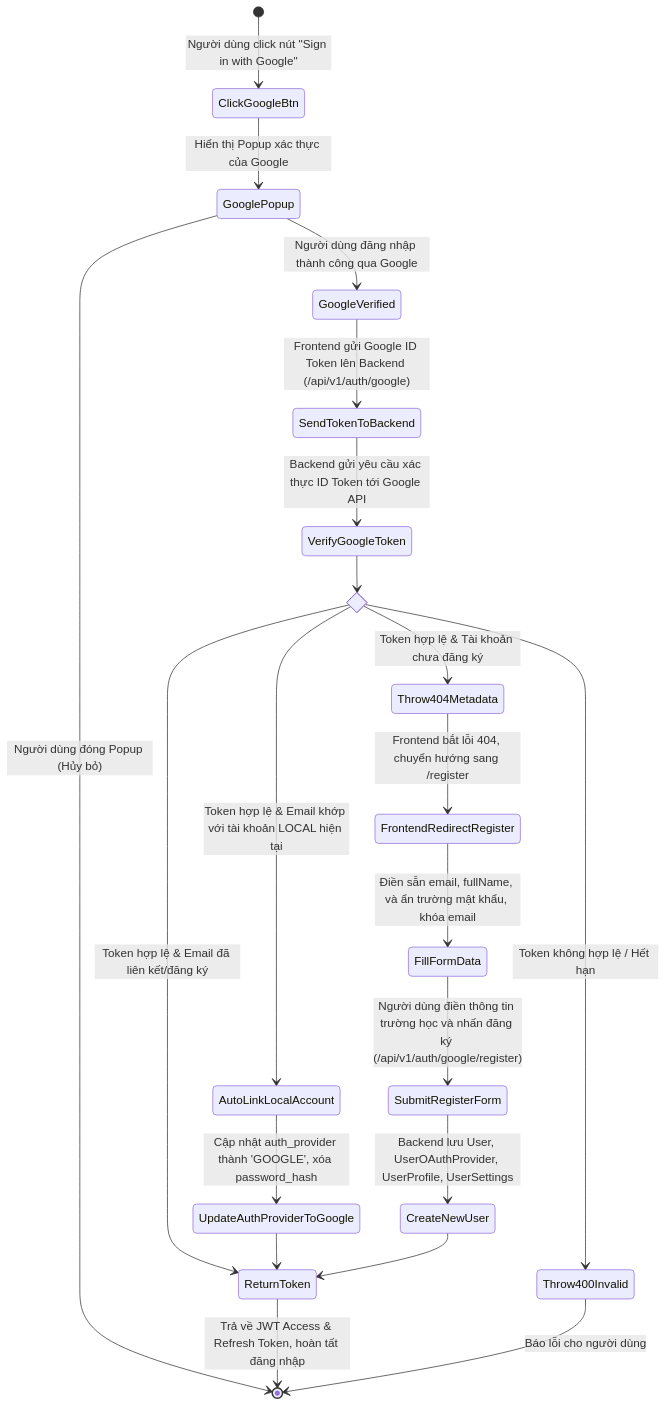
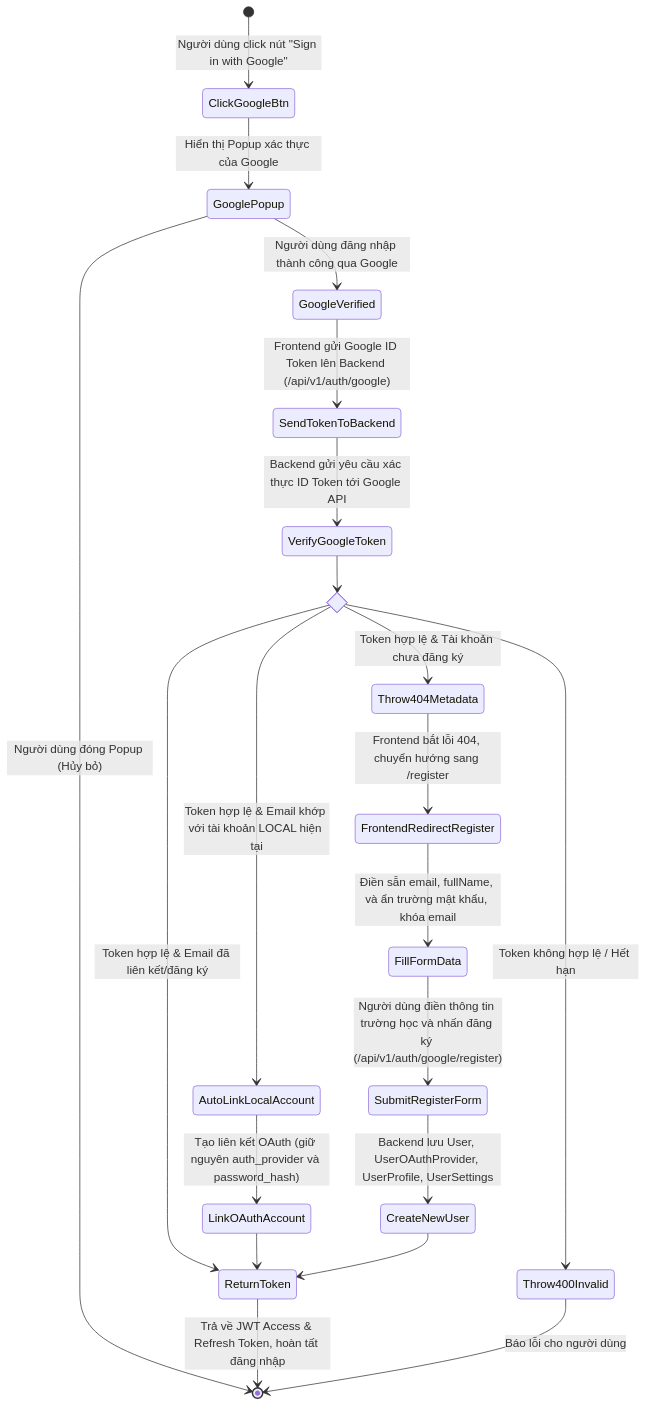
One commit to Alumnect/Alumnect changed the first of 3 diagrams in docs/update_SRS/SRS_UC_03_OAuthLogin.md. Above: the diagram before and after it, drawn with Mermaid. The commit also changed other lines of this file and 4 other files, not shown here.

````diff
--- a/docs/update_SRS/SRS_UC_03_OAuthLogin.md
+++ b/docs/update_SRS/SRS_UC_03_OAuthLogin.md
@@ -7,28 +7,28 @@
 ```mermaid
 stateDiagram-v2
     [*] --> ClickGoogleBtn : Người dùng click nút "Sign in with Google"
     ClickGoogleBtn --> GooglePopup : Hiển thị Popup xác thực của Google
     GooglePopup --> GoogleVerified : Người dùng đăng nhập thành công qua Google
     GooglePopup --> [*] : Người dùng đóng Popup (Hủy bỏ)
     GoogleVerified --> SendTokenToBackend : Frontend gửi Google ID Token lên Backend (/api/v1/auth/google)
     SendTokenToBackend --> VerifyGoogleToken : Backend gửi yêu cầu xác thực ID Token tới Google API
     
     state check_verification <<choice>>
     VerifyGoogleToken --> check_verification
     check_verification --> ReturnToken : Token hợp lệ & Email đã liên kết/đăng ký
     check_verification --> AutoLinkLocalAccount : Token hợp lệ & Email khớp với tài khoản LOCAL hiện tại
     check_verification --> Throw404Metadata : Token hợp lệ & Tài khoản chưa đăng ký
     check_verification --> Throw400Invalid : Token không hợp lệ / Hết hạn
     
-    AutoLinkLocalAccount --> UpdateAuthProviderToGoogle : Cập nhật auth_provider thành 'GOOGLE', xóa password_hash
-    UpdateAuthProviderToGoogle --> ReturnToken
+    AutoLinkLocalAccount --> LinkOAuthAccount : Tạo liên kết OAuth (giữ nguyên auth_provider và password_hash)
+    LinkOAuthAccount --> ReturnToken
     
     Throw404Metadata --> FrontendRedirectRegister : Frontend bắt lỗi 404, chuyển hướng sang /register
     FrontendRedirectRegister --> FillFormData : Điền sẵn email, fullName, và ẩn trường mật khẩu, khóa email
     FillFormData --> SubmitRegisterForm : Người dùng điền thông tin trường học và nhấn đăng ký (/api/v1/auth/google/register)
     SubmitRegisterForm --> CreateNewUser : Backend lưu User, UserOAuthProvider, UserProfile, UserSettings
     CreateNewUser --> ReturnToken
     
     ReturnToken --> [*] : Trả về JWT Access & Refresh Token, hoàn tất đăng nhập
     Throw400Invalid --> [*] : Báo lỗi cho người dùng
 ```
````
